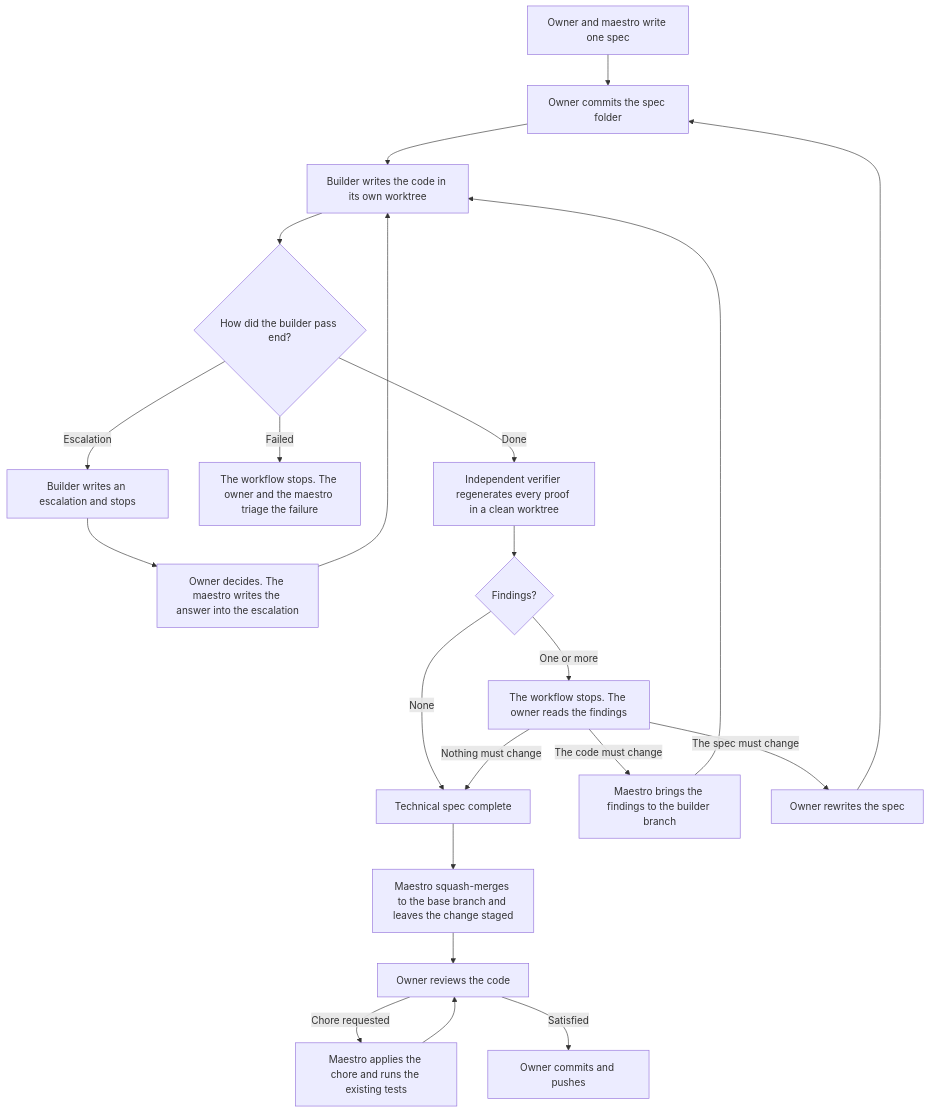
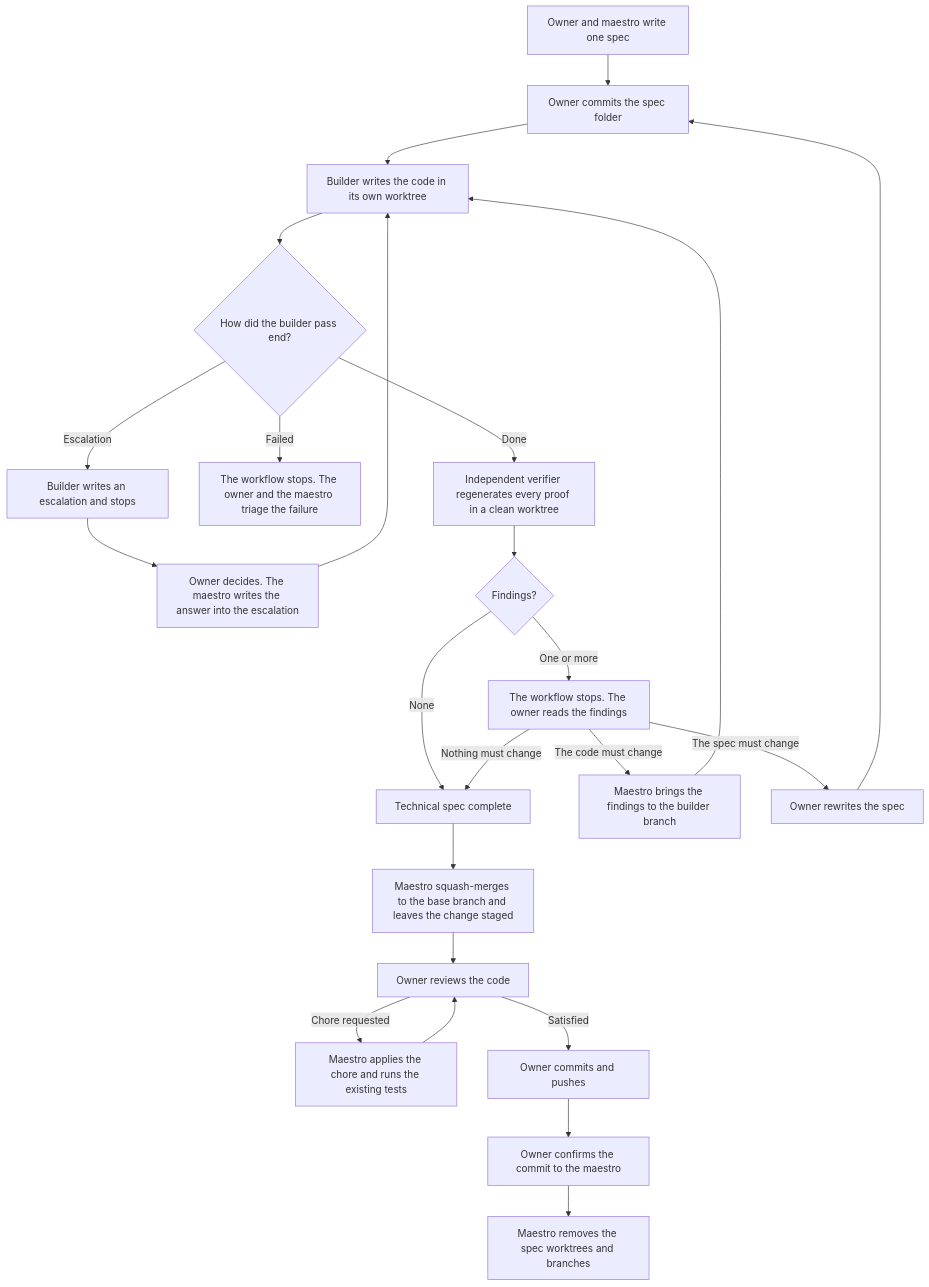
Before and after one commit to emilioSp/my-weather-station: the diagram in CONTRIBUTING.md, drawn with Mermaid. The commit also changed other lines of this file and 8 other files, not shown here.

````diff
--- a/CONTRIBUTING.md
+++ b/CONTRIBUTING.md
@@ -28,24 +28,26 @@
 ```mermaid
 flowchart TD
     spec[Owner and maestro write one spec] --> base[Owner commits the spec folder]
     base --> build[Builder writes the code in its own worktree]
     build --> buildOutcome{How did the builder pass end?}
     buildOutcome -->|Escalation| builderEscalation[Builder writes an escalation and stops]
     builderEscalation --> buildAnswer[Owner decides. The maestro writes the answer into the escalation]
     buildAnswer --> build
     buildOutcome -->|Failed| triage[The workflow stops. The owner and the maestro triage the failure]
     buildOutcome -->|Done| verify[Independent verifier regenerates every proof in a clean worktree]
     verify --> findings{Findings?}
     findings -->|None| candidate[Technical spec complete]
     findings -->|One or more| ball[The workflow stops. The owner reads the findings]
     ball -->|Nothing must change| candidate
     ball -->|The code must change| merge[Maestro brings the findings to the builder branch]
     merge --> build
     ball -->|The spec must change| rewrite[Owner rewrites the spec]
     rewrite --> base
     candidate --> staged[Maestro squash-merges to the base branch and leaves the change staged]
     staged --> human[Owner reviews the code]
     human -->|Chore requested| chore[Maestro applies the chore and runs the existing tests]
     chore --> human
     human -->|Satisfied| push[Owner commits and pushes]
+    push --> confirm[Owner confirms the commit to the maestro]
+    confirm --> cleanup[Maestro removes the spec worktrees and branches]
 ```
````
